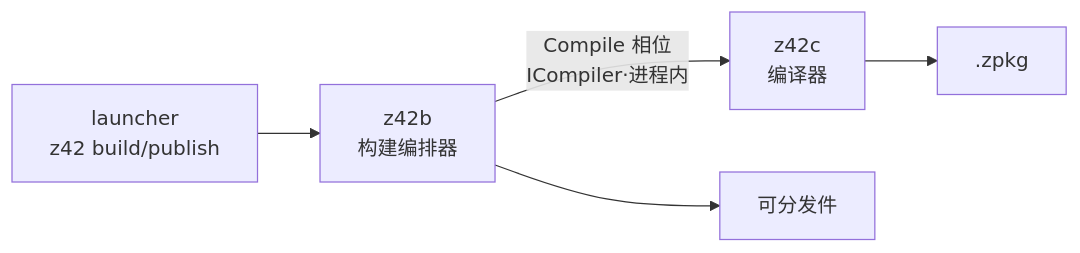
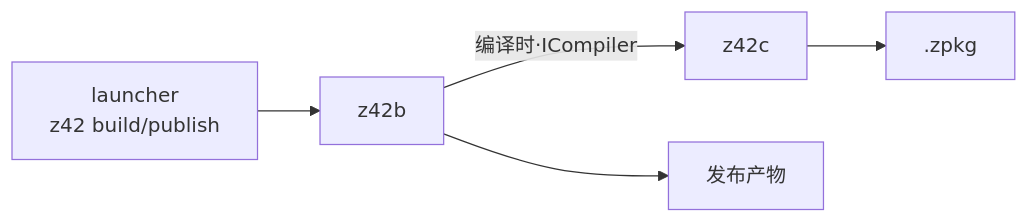
One commit to z42-lang/z42 changed the first of 3 diagrams in docs/book/src/compiler/architecture.md. Above: the diagram before and after it, drawn with Mermaid. The commit also changed other lines of this file and 2 other files, not shown here.

````diff
--- a/docs/book/src/compiler/architecture.md
+++ b/docs/book/src/compiler/architecture.md
@@ -17,7 +11,7 @@
 ```mermaid
 graph LR
-    L[launcher<br/>z42 build/publish] --> B[z42b<br/>构建编排器]
-    B -->|Compile 相位<br/>ICompiler·进程内| C[z42c<br/>编译器]
+    L[launcher<br/>z42 build/publish] --> B[z42b]
+    B -->|编译时·ICompiler| C[z42c]
     C --> ZP[.zpkg]
-    B --> DIST[可分发件]
+    B --> DIST[发布产物]
 ```
````
